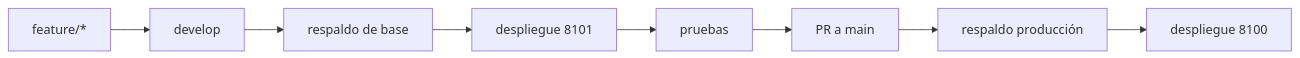
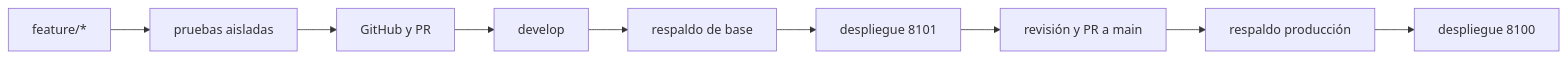
The diagram in docs/DEPLOYMENT.md (tito9903-byte/netdoc), drawn with Mermaid before and after one commit. The commit also changed other lines of this file and 6 other files, not shown here.

Commit message:
fix: aislar pruebas y endurecer despliegue

````diff
--- a/docs/DEPLOYMENT.md
+++ b/docs/DEPLOYMENT.md
@@ -7,4 +16,6 @@
 ```mermaid
 flowchart LR
- F[feature/*] --> D[develop] --> B[respaldo de base] --> DEV[despliegue 8101] --> T[pruebas] --> M[PR a main] --> BP[respaldo producción] --> P[despliegue 8100]
+ F[feature/*] --> T[pruebas aisladas] --> G[GitHub y PR] --> D[develop]
+ D --> B[respaldo de base] --> DEV[despliegue 8101]
+ DEV --> M[revisión y PR a main] --> BP[respaldo producción] --> P[despliegue 8100]
 ```
````
